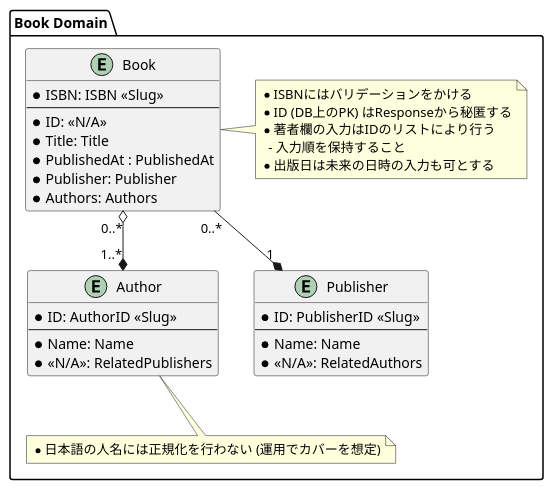
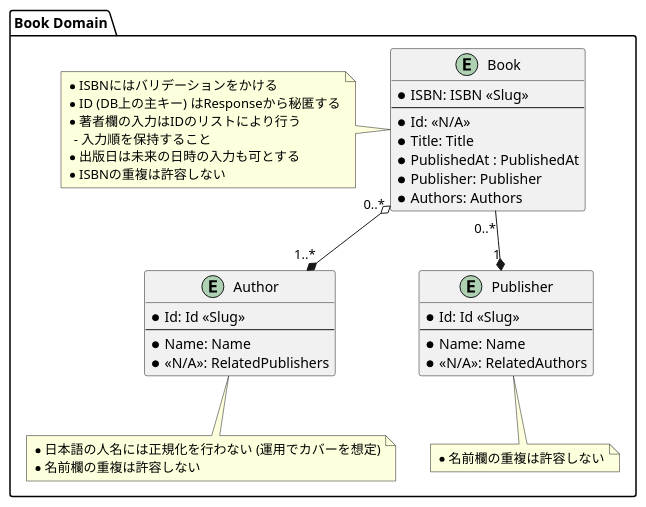
One commit to nftug/BookApi changed the diagram in Diagrams/DomainModel.pu. Above: the diagram before and after it, drawn with PlantUML. The commit also changed 12 other files, not shown here.

```diff
--- a/Diagrams/DomainModel.pu
+++ b/Diagrams/DomainModel.pu
@@ -1,46 +1,52 @@
 @startuml BookApi_DomainModel
 
 hide method
 skinparam DefaultFontName Helvetica
 
 package "Book Domain" as Domain {
     entity Author {
-        * ID: AuthorID <<Slug>>
+        * Id: Id <<Slug>>
         --
         * Name: Name
         * <<N/A>>: RelatedPublishers
     }
 
     entity Publisher {
-        * ID: PublisherID <<Slug>>
+        * Id: Id <<Slug>>
         --
         * Name: Name
         * <<N/A>>: RelatedAuthors
     }
 
     entity Book {
         * ISBN: ISBN <<Slug>>
         --
-        * ID: <<N/A>>
+        * Id: <<N/A>>
         * Title: Title
         * PublishedAt : PublishedAt
         * Publisher: Publisher
         * Authors: Authors
     }
 
     Book "0..*" o--* "1..*" Author
     Book "0..*" --* "1" Publisher
 
-    note right of Book
+    note left of Book
         * ISBNにはバリデーションをかける
-        * ID (DB上のPK) はResponseから秘匿する
+        * ID (DB上の主キー) はResponseから秘匿する
         * 著者欄の入力はIDのリストにより行う
           - 入力順を保持すること
         * 出版日は未来の日時の入力も可とする
+        * ISBNの重複は許容しない
     endnote
 
     note bottom of Author
         * 日本語の人名には正規化を行わない (運用でカバーを想定)
+        * 名前欄の重複は許容しない
+    endnote
+
+    note bottom of Publisher
+        * 名前欄の重複は許容しない
     endnote
 }
 @enduml
```
